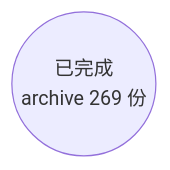
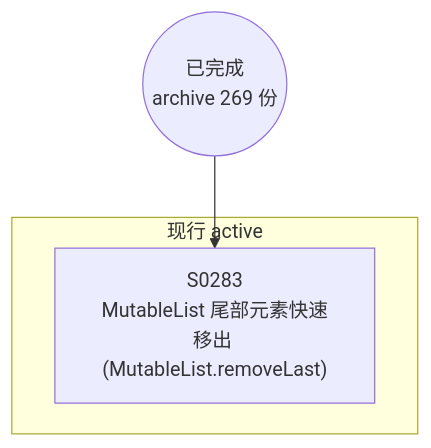
One commit to Halckon/Koven changed the diagram in docs/specs/dependency-graph.md. Above: the diagram before and after it, drawn with Mermaid. The commit also changed other lines of this file and 6 other files, not shown here.

Commit message:
docs(spec-0283): define MutableList.removeLast contract and topology (SPEC-0283)

````diff
--- a/docs/specs/dependency-graph.md
+++ b/docs/specs/dependency-graph.md
@@ -9,4 +9,8 @@
 ```mermaid
 flowchart TD
 ARCH(("已完成<br/>archive 269 份"))
+subgraph Gactive["现行 active"]
+  S0283["S0283<br/>MutableList 尾部元素快速移出 (MutableList.removeLast)"]
+end
+ARCH --> S0283
 ```
````
